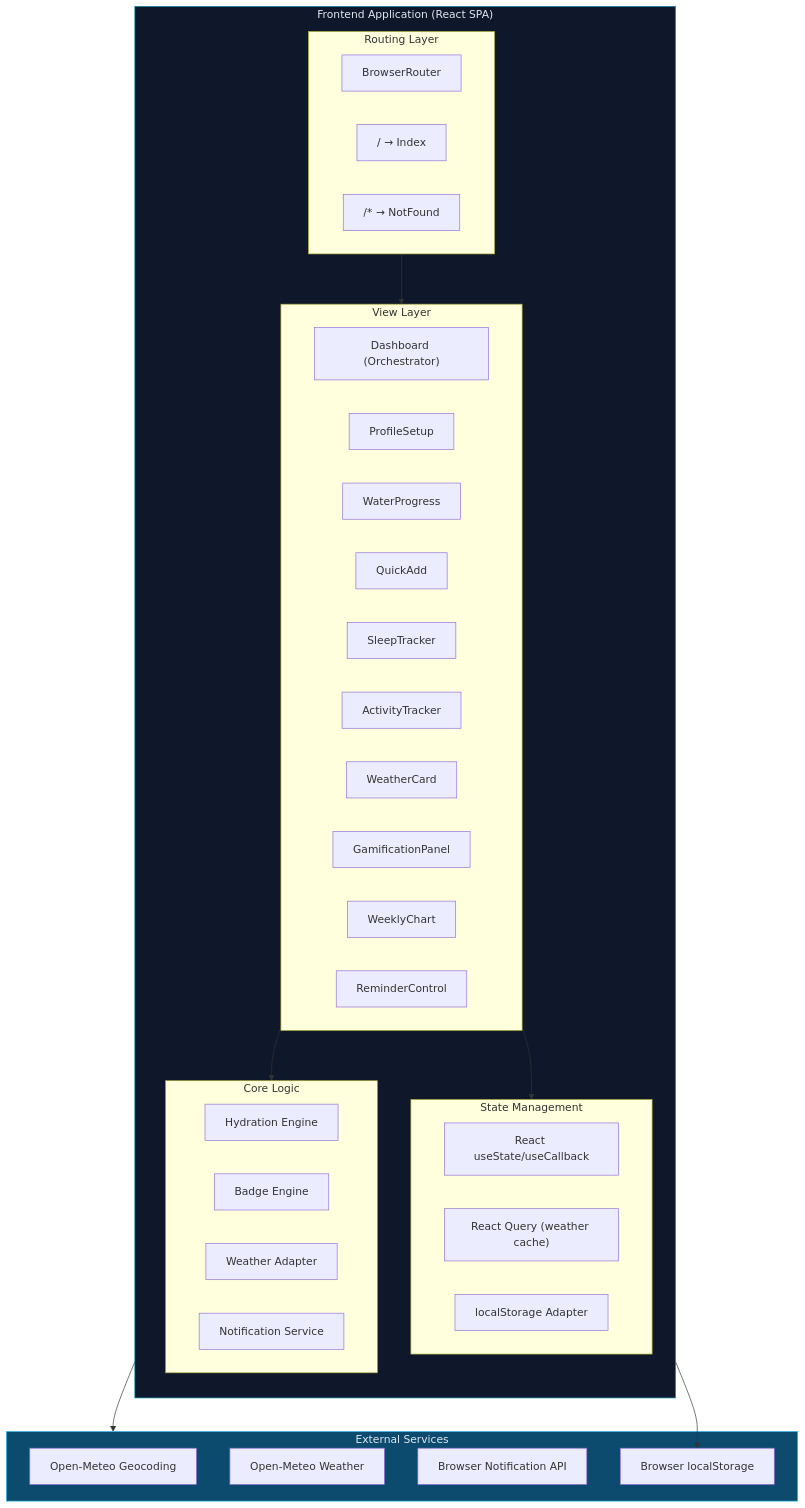
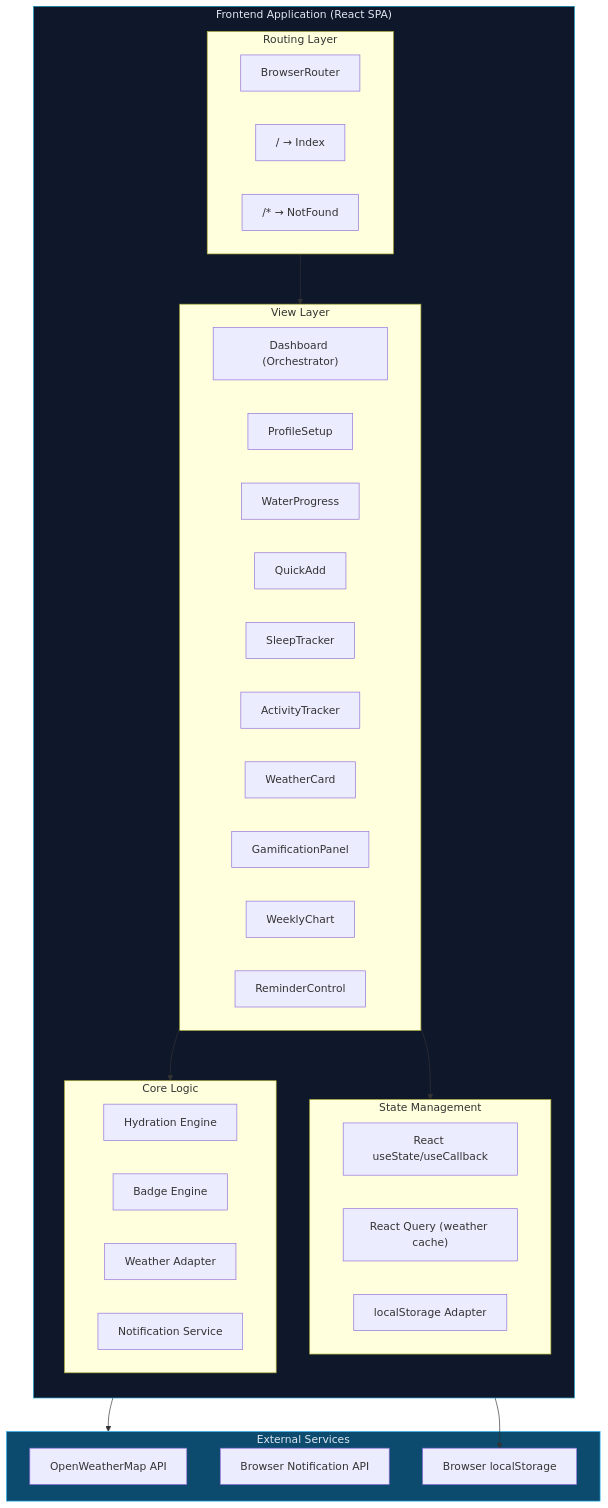
One commit to ramalokeshreddyp/hydrosmart-ai changed the first of 7 diagrams in projectdocumentation.md. Above: the diagram before and after it, drawn with Mermaid. The commit also changed other lines of this file and 8 other files, not shown here.

````diff
--- a/projectdocumentation.md
+++ b/projectdocumentation.md
@@ -84,54 +84,53 @@
 ```mermaid
 graph TB
     subgraph Frontend["Frontend Application (React SPA)"]
         direction TB
         
         subgraph Routing["Routing Layer"]
             BR["BrowserRouter"]
             R1["/ → Index"]
             R2["/* → NotFound"]
         end
         
         subgraph State["State Management"]
             RS["React useState/useCallback"]
             RQ["React Query (weather cache)"]
             LS["localStorage Adapter"]
         end
         
         subgraph Views["View Layer"]
             D["Dashboard (Orchestrator)"]
             PS["ProfileSetup"]
             WP["WaterProgress"]
             QA["QuickAdd"]
             ST["SleepTracker"]
             AT["ActivityTracker"]
             WC["WeatherCard"]
             GP["GamificationPanel"]
             WK["WeeklyChart"]
             RC["ReminderControl"]
         end
         
         subgraph Core["Core Logic"]
             HE["Hydration Engine"]
             BE["Badge Engine"]
             WA["Weather Adapter"]
             NS["Notification Service"]
         end
     end
     
     subgraph External["External Services"]
-        OMG["Open-Meteo Geocoding"]
-        OMW["Open-Meteo Weather"]
+        OWM["OpenWeatherMap API"]
         BNA["Browser Notification API"]
         LST["Browser localStorage"]
     end
     
     Routing --> Views
     Views --> State
     Views --> Core
     Core --> External
     State --> LST
     
     style Frontend fill:#0f172a,stroke:#0891b2,color:#e2e8f0
     style External fill:#0c4a6e,stroke:#38bdf8,color:#e2e8f0
 ```
````
